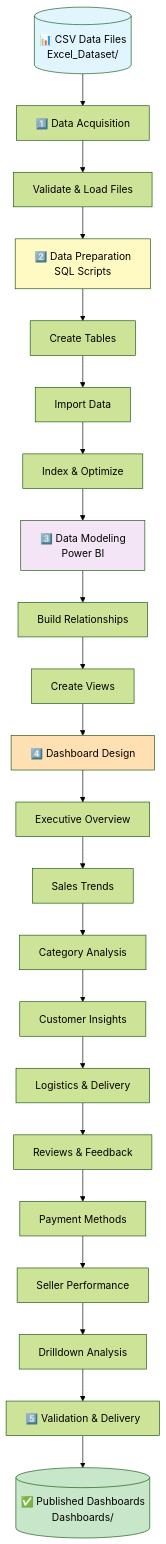
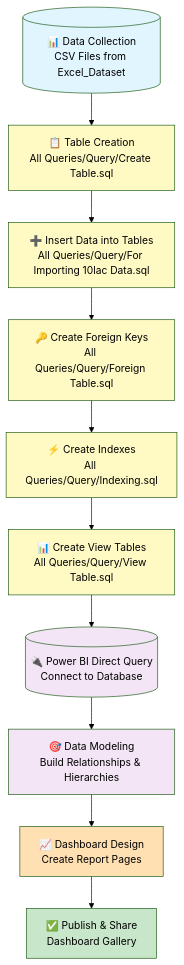
One commit to jatinkumar4148/Olist_Sales_Analsis changed the diagram in README.md. Above: the diagram before and after it, drawn with Mermaid (forest theme). The commit also changed other lines of this file, not shown here.

Commit message:
Add detailed SQL workflow steps: data collection, table creation, insert, indexes, views, and Power BI Direct Query

````diff
--- a/README.md
+++ b/README.md
@@ -23,30 +23,23 @@
 ```mermaid
 graph TD
-    A[("📊 CSV Data Files<br/>Excel_Dataset/")] --> B["1️⃣ Data Acquisition"]
-    B --> C["Validate & Load Files"]
-    C --> D["2️⃣ Data Preparation<br/>SQL Scripts"]
-    D --> E["Create Tables"]
-    E --> F["Import Data"]
-    F --> G["Index & Optimize"]
-    G --> H["3️⃣ Data Modeling<br/>Power BI"]
-    H --> I["Build Relationships"]
-    I --> J["Create Views"]
-    J --> K["4️⃣ Dashboard Design"]
-    K --> L["Executive Overview"]
-    L --> M["Sales Trends"]
-    M --> N["Category Analysis"]
-    N --> O["Customer Insights"]
-    O --> P["Logistics & Delivery"]
-    P --> Q["Reviews & Feedback"]
-    Q --> R["Payment Methods"]
-    R --> S["Seller Performance"]
-    S --> T["Drilldown Analysis"]
-    T --> U["5️⃣ Validation & Delivery"]
-    U --> V[("✅ Published Dashboards<br/>Dashboards/")]
+    A[("📊 Data Collection<br/>CSV Files from Excel_Dataset")] --> B["📋 Table Creation<br/>All Queries/Query/Create Table.sql"]
+    B --> C["➕ Insert Data into Tables<br/>All Queries/Query/For Importing 10lac Data.sql"]
+    C --> D["🔑 Create Foreign Keys<br/>All Queries/Query/Foreign Table.sql"]
+    D --> E["⚡ Create Indexes<br/>All Queries/Query/Indexing.sql"]
+    E --> F["📊 Create View Tables<br/>All Queries/Query/View Table.sql"]
+    F --> G[("🔌 Power BI Direct Query<br/>Connect to Database")]
+    G --> H["🎯 Data Modeling<br/>Build Relationships & Hierarchies"]
+    H --> I["📈 Dashboard Design<br/>Create Report Pages"]
+    I --> J["✅ Publish & Share<br/>Dashboard Gallery"]
     
     style A fill:#e1f5ff
-    style V fill:#c8e6c9
+    style B fill:#fff9c4
+    style C fill:#fff9c4
     style D fill:#fff9c4
+    style E fill:#fff9c4
+    style F fill:#fff9c4
+    style G fill:#f3e5f5
     style H fill:#f3e5f5
-    style K fill:#ffe0b2
+    style I fill:#ffe0b2
+    style J fill:#c8e6c9
 ```
````
